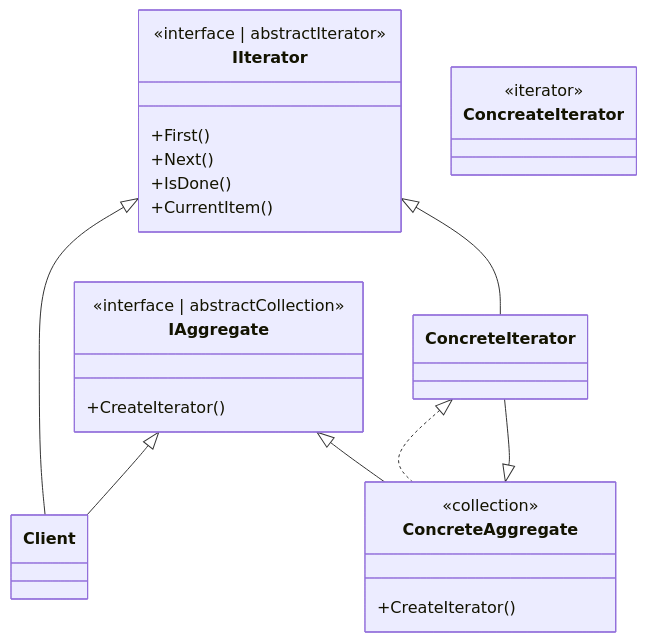
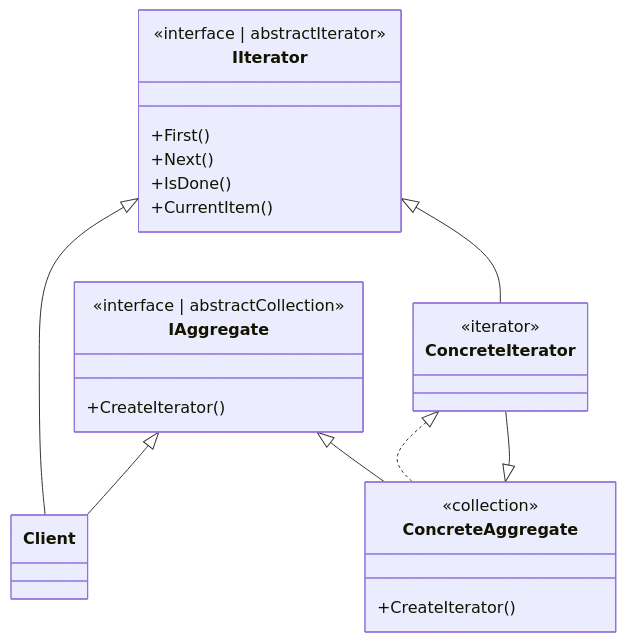
The diagram in Iterator/README_Iterator.md (Koll3g/DesignPatterns), drawn with Mermaid before and after one commit.

Commit message:
corrected .md File

````diff
--- a/Iterator/README_Iterator.md
+++ b/Iterator/README_Iterator.md
@@ -34,35 +34,35 @@
 ```mermaid
 classDiagram
     
     IIterator <|-- Client
     IAggregate <|-- Client
     IAggregate <|-- ConcreteAggregate
     IIterator <|-- ConcreteIterator
     ConcreteIterator <|.. ConcreteAggregate
     ConcreteAggregate <|-- ConcreteIterator
     
     class Client{
        
     }
     class IAggregate{
         <<interface | abstractCollection>>
 
         +CreateIterator()
     }
     class IIterator{
         <<interface | abstractIterator>>
 
         +First()
         +Next()
         +IsDone()
         +CurrentItem()
     }
     class ConcreteAggregate{
         <<collection>>
 
         +CreateIterator()
     }
-    class ConcreateIterator{
+    class ConcreteIterator{
         <<iterator>>
     }
 ```
````
